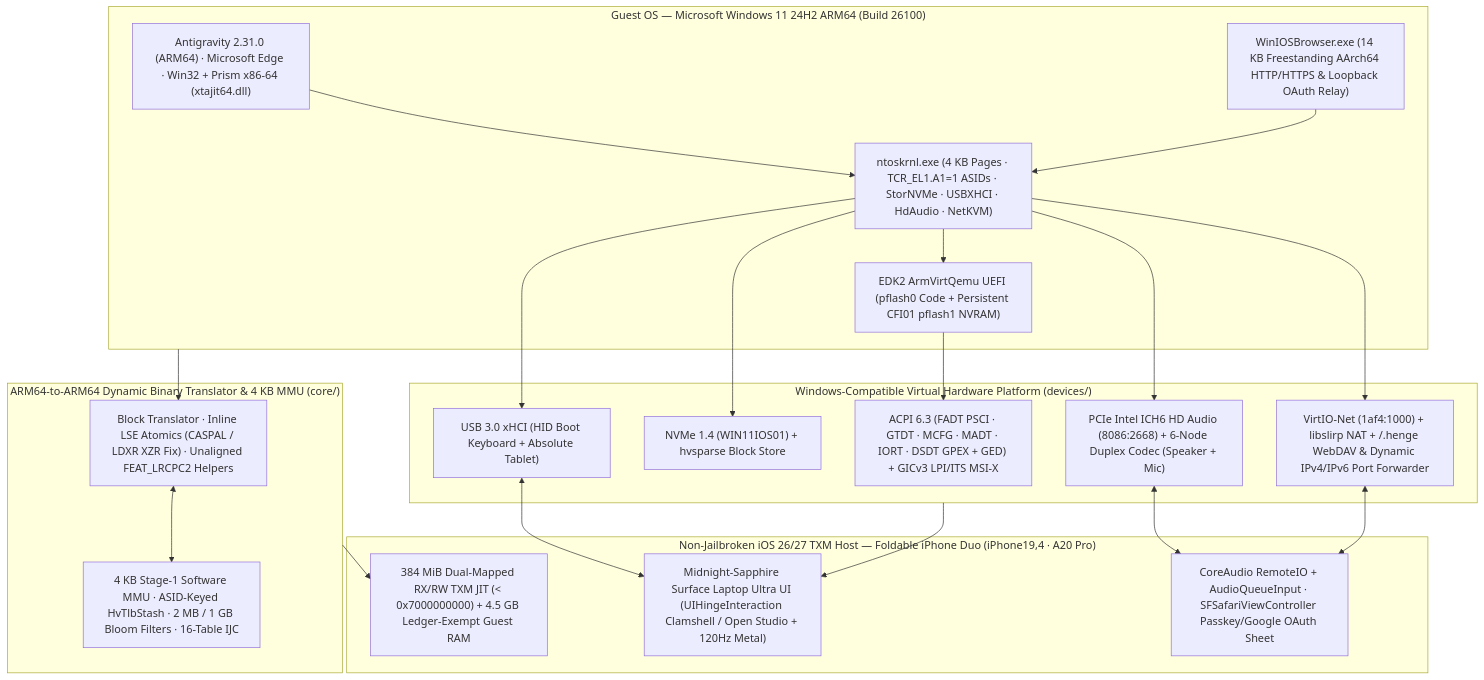
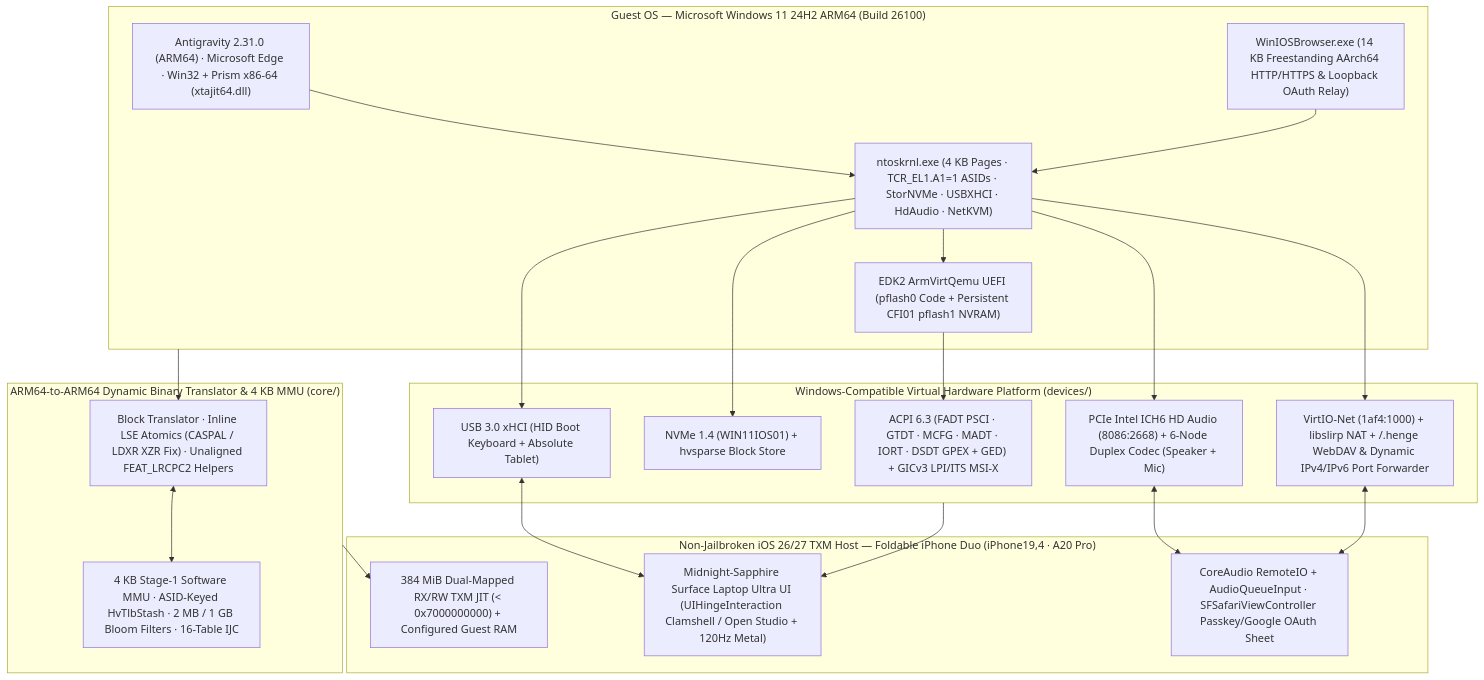
The diagram in README.md (Thomas20090425/Windows-on-iOS), drawn with Mermaid before and after one commit. The commit also changed other lines of this file and 35 other files, not shown here.

````diff
--- a/README.md
+++ b/README.md
@@ -113,41 +120,41 @@
 ```mermaid
 flowchart TB
     subgraph Guest["Guest OS — Microsoft Windows 11 24H2 ARM64 (Build 26100)"]
         Apps["Antigravity 2.31.0 (ARM64) · Microsoft Edge · Win32 + Prism x86-64 (xtajit64.dll)"]
         Bridge["WinIOSBrowser.exe (14 KB Freestanding AArch64 HTTP/HTTPS & Loopback OAuth Relay)"]
         NT["ntoskrnl.exe (4 KB Pages · TCR_EL1.A1=1 ASIDs · StorNVMe · USBXHCI · HdAudio · NetKVM)"]
         UEFI["EDK2 ArmVirtQemu UEFI (pflash0 Code + Persistent CFI01 pflash1 NVRAM)"]
         Apps --> NT
         Bridge --> NT
         NT --> UEFI
     end
 
     subgraph VirtHW["Windows-Compatible Virtual Hardware Platform (devices/)"]
         ACPI["ACPI 6.3 (FADT PSCI · GTDT · MCFG · MADT · IORT · DSDT GPEX + GED) + GICv3 LPI/ITS MSI-X"]
         NVMe["NVMe 1.4 (WIN11IOS01) + hvsparse Block Store"]
         XHCI["USB 3.0 xHCI (HID Boot Keyboard + Absolute Tablet)"]
         HDA["PCIe Intel ICH6 HD Audio (8086:2668) + 6-Node Duplex Codec (Speaker + Mic)"]
         VNET["VirtIO-Net (1af4:1000) + libslirp NAT + /.henge WebDAV & Dynamic IPv4/IPv6 Port Forwarder"]
     end
 
     subgraph Engine["ARM64-to-ARM64 Dynamic Binary Translator & 4 KB MMU (core/)"]
         JIT["Block Translator · Inline LSE Atomics (CASPAL / LDXR XZR Fix) · Unaligned FEAT_LRCPC2 Helpers"]
         MMU["4 KB Stage-1 Software MMU · ASID-Keyed HvTlbStash · 2 MB / 1 GB Bloom Filters · 16-Table IJC"]
     end
 
     subgraph Host["Non-Jailbroken iOS 26/27 TXM Host — Foldable iPhone Duo (iPhone19,4 · A20 Pro)"]
-        TXM["384 MiB Dual-Mapped RX/RW TXM JIT (< 0x7000000000) + 4.5 GB Ledger-Exempt Guest RAM"]
+        TXM["384 MiB Dual-Mapped RX/RW TXM JIT (< 0x7000000000) + Configured Guest RAM"]
         UI["Midnight-Sapphire Surface Laptop Ultra UI (UIHingeInteraction Clamshell / Open Studio + 120Hz Metal)"]
         IOSIO["CoreAudio RemoteIO + AudioQueueInput · SFSafariViewController Passkey/Google OAuth Sheet"]
     end
 
     UEFI --> ACPI
     NT --> NVMe & XHCI & HDA & VNET
     Guest --> JIT
     JIT <--> MMU
     Engine --> TXM
     XHCI <--> UI
     HDA <--> IOSIO
     VNET <--> IOSIO
     VirtHW --> UI
 ```
````
